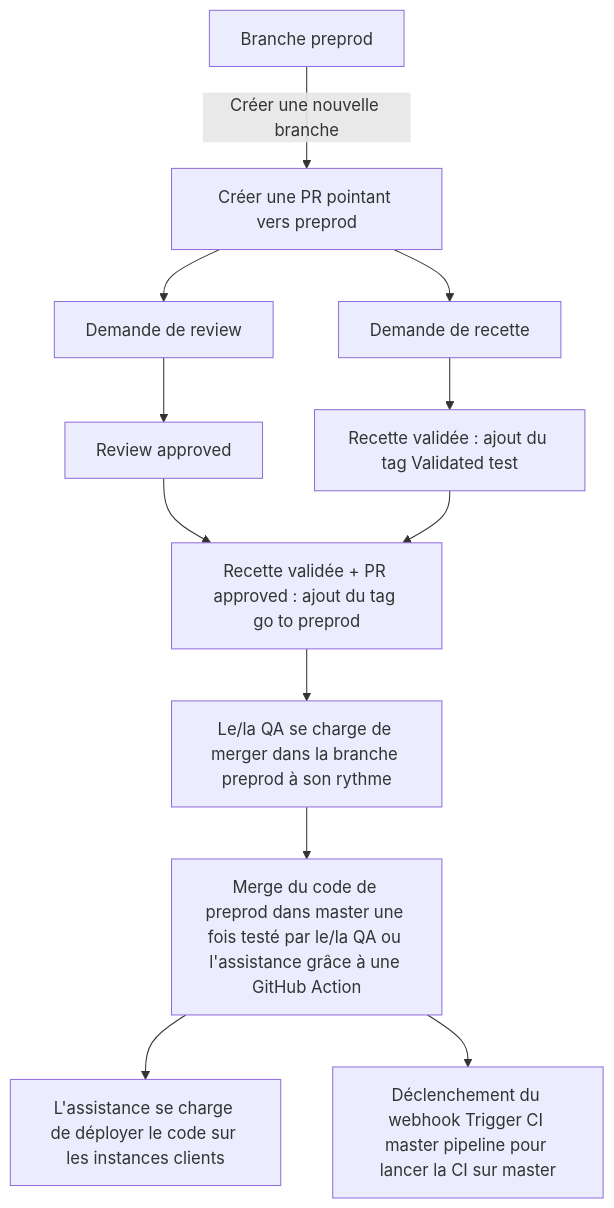
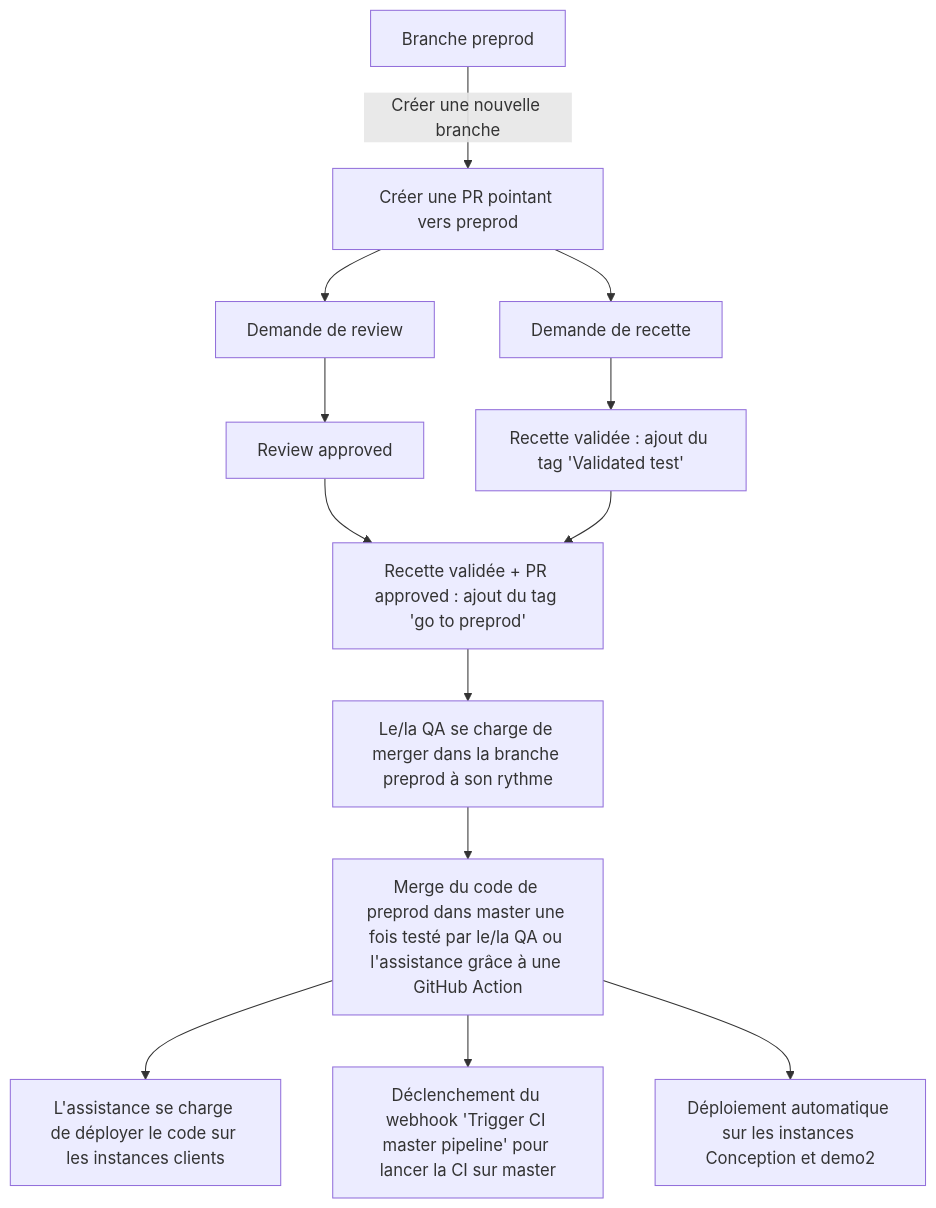
The first of 2 diagrams in ADR/preprod_deployment_process.md (cap-collectif/cap-collectif), drawn with Mermaid before and after one commit. The commit also changed other lines of this file and 4 other files, not shown here.

````diff
--- a/ADR/preprod_deployment_process.md
+++ b/ADR/preprod_deployment_process.md
@@ -34,14 +34,15 @@
 ```mermaid
 flowchart TD
-  A["Branche preprod"] -->|Créer une nouvelle branche| B["Créer une PR pointant vers preprod"]
+  A["Branche preprod"] -->|"Créer une nouvelle branche"| B["Créer une PR pointant vers preprod"]
   B --> n1["Demande de review"]
   B --> n2["Demande de recette"]
-  n2 --> n3["Recette validée : ajout du tag Validated test"]
+  n2 --> n3["Recette validée : ajout du tag 'Validated test'"]
   n1 --> n4["Review approved"]
-  n4 --> n5["Recette validée + PR approved : ajout du tag go to preprod"]
+  n4 --> n5["Recette validée + PR approved : ajout du tag 'go to preprod'"]
   n3 --> n5
   n5 --> n6["Le/la QA se charge de merger dans la branche preprod à son rythme"]
   n6 --> n7["Merge du code de preprod dans master une fois testé par le/la QA ou l'assistance grâce à une GitHub Action"]
   n7 --> n8["L'assistance se charge de déployer le code sur les instances clients"]
-  n7 --> n9["Déclenchement du webhook Trigger CI master pipeline pour lancer la CI sur master"]
+  n7 --> n9["Déclenchement du webhook 'Trigger CI master pipeline' pour lancer la CI sur master"]
+  n7 --> n10["Déploiement automatique sur les instances Conception et demo2"]
 ```
````
